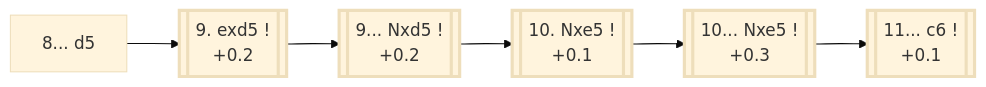
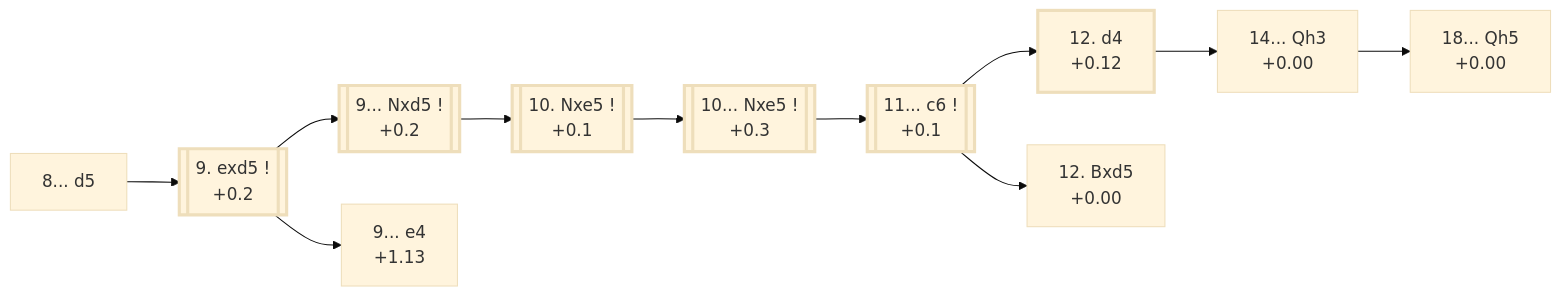
One commit to onclemarcel/chess_flashcards changed the diagram in e4_openings/C89_Ruy_Lopez_Marshall_Attack.md. Above: the diagram before and after it, drawn with Mermaid (base theme). The commit also changed other lines of this file and 12 other files, not shown here.

````diff
--- a/e4_openings/C89_Ruy_Lopez_Marshall_Attack.md
+++ b/e4_openings/C89_Ruy_Lopez_Marshall_Attack.md
@@ -12,19 +12,31 @@
 ```mermaid
 flowchart LR
     classDef main stroke-width:3px;
 
     d5["8... d5"]
     click d5 "#_initial_move_" "C89 · Ruy Lopez: Marshall Attack"
 
     d5 --> exd5[["9. exd5 !<br/>+0.2"]]:::main
     click exd5 "#_exd5_" "C89 · Ruy Lopez: Marshall Attack"
     exd5 --> Nxd5[["9... Nxd5 !<br/>+0.2"]]:::main
     click Nxd5 "#_Nxd5_" "C89 · Ruy Lopez: Marshall Attack"
+    exd5 --> e4hs["9... e4<br/>+1.13"]
+    click e4hs "#_HermanSteiner_" "C89 · Ruy Lopez: Marshall Attack, Steiner Variation"
     Nxd5 --> Nxe5[["10. Nxe5 !<br/>+0.1"]]:::main
     click Nxe5 "#_Nxe5_" "C89 · Ruy Lopez: Marshall Attack"
 
     Nxe5 --> Nxe5b[["10... Nxe5 !<br/>+0.3"]]:::main
     click Nxe5b "#_Nxe5b_" "C89 · Ruy Lopez: Marshall Attack"
     Nxe5b --> c6m[["11... c6 !<br/>+0.1"]]:::main
     click c6m "#_Nxe5b_" "C89 · Ruy Lopez: Marshall Attack, Modern Variation"
+
+    c6m --> d4main["12. d4<br/>+0.12"]:::main
+    click d4main "#_MainLine_" "C89 · Ruy Lopez: Marshall Attack, Main Line"
+    c6m --> Bxd5k["12. Bxd5<br/>+0.00"]
+    click Bxd5k "#_Kevitz_" "C89 · Ruy Lopez: Marshall Attack, Re3 Variation"
+
+    d4main --> Qh3["14... Qh3<br/>+0.00"]
+    click Qh3 "#_MainLine_" "C89 · Ruy Lopez: Marshall Attack, Modern Main Line"
+    Qh3 --> Spassky["18... Qh5<br/>+0.00"]
+    click Spassky "#_Spassky_" "C89 · Ruy Lopez: Marshall Attack, Main Line, Spassky Variation"
 ```
````
